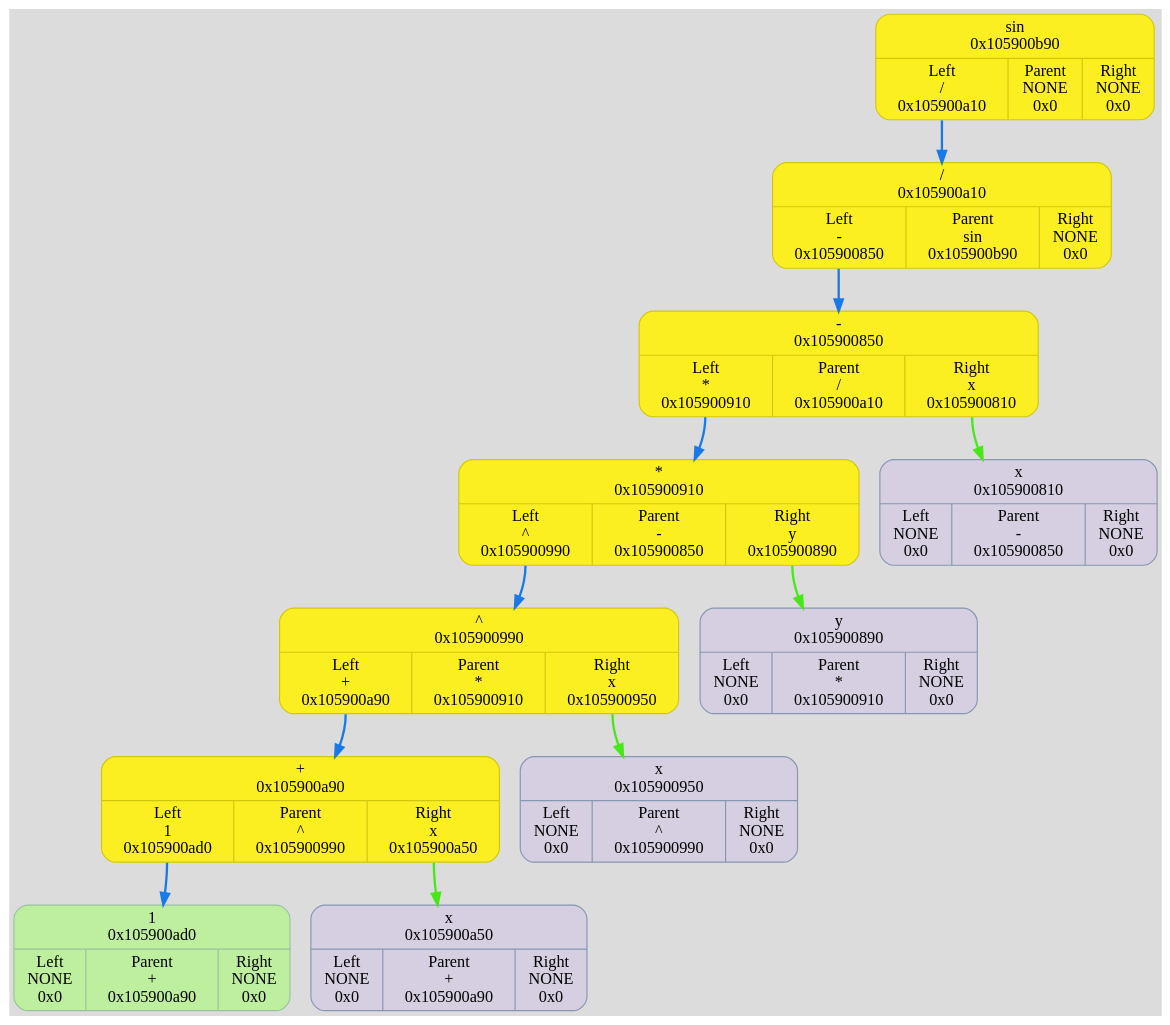
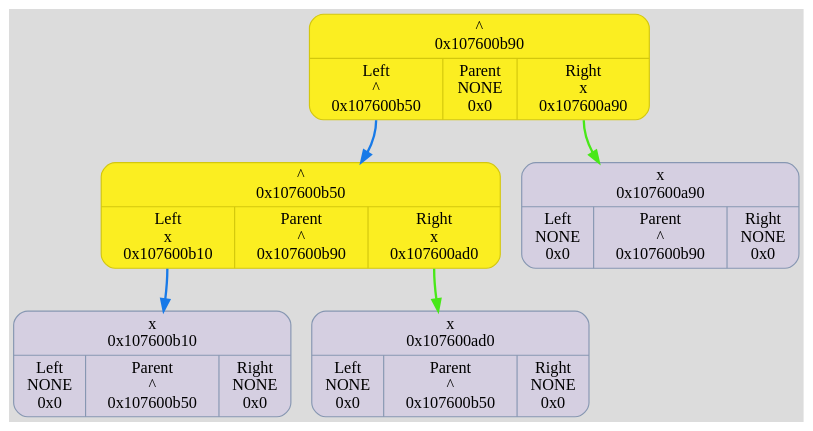
The diagram in dump/graph.dot (TolikRogov/Differentiator), drawn with Graphviz before and after one commit. The commit also changed 31 other files, not shown here.

```diff
--- a/dump/graph.dot
+++ b/dump/graph.dot
@@ -1,26 +1,14 @@
 digraph {
 	fontname = "UbuntuMono";
 	bgcolor = "#DCDCDC";
 
-	node0x105900b90 [ shape = Mrecord; style = filled; fillcolor = "#FBEE21"; color = "#D3C70D"; fontcolor = "#000000"; label = " { sin\n0x105900b90 | { <left> Left\n/\n0x105900a10 | Parent\nNONE\n0x0 | <right> Right\nNONE\n0x0 } } "; ];
-	node0x105900b90:<left> -> node0x105900a10 [ style = "bold"; color = "#187AE8"; label = ""; ];
-	node0x105900a10 [ shape = Mrecord; style = filled; fillcolor = "#FBEE21"; color = "#D3C70D"; fontcolor = "#000000"; label = " { /\n0x105900a10 | { <left> Left\n-\n0x105900850 | Parent\nsin\n0x105900b90 | <right> Right\nNONE\n0x0 } } "; ];
-	node0x105900a10:<left> -> node0x105900850 [ style = "bold"; color = "#187AE8"; label = ""; ];
-	node0x105900850 [ shape = Mrecord; style = filled; fillcolor = "#FBEE21"; color = "#D3C70D"; fontcolor = "#000000"; label = " { -\n0x105900850 | { <left> Left\n*\n0x105900910 | Parent\n/\n0x105900a10 | <right> Right\nx\n0x105900810 } } "; ];
-	node0x105900850:<left> -> node0x105900910 [ style = "bold"; color = "#187AE8"; label = ""; ];
-	node0x105900910 [ shape = Mrecord; style = filled; fillcolor = "#FBEE21"; color = "#D3C70D"; fontcolor = "#000000"; label = " { *\n0x105900910 | { <left> Left\n^\n0x105900990 | Parent\n-\n0x105900850 | <right> Right\ny\n0x105900890 } } "; ];
-	node0x105900910:<left> -> node0x105900990 [ style = "bold"; color = "#187AE8"; label = ""; ];
-	node0x105900990 [ shape = Mrecord; style = filled; fillcolor = "#FBEE21"; color = "#D3C70D"; fontcolor = "#000000"; label = " { ^\n0x105900990 | { <left> Left\n+\n0x105900a90 | Parent\n*\n0x105900910 | <right> Right\nx\n0x105900950 } } "; ];
-	node0x105900990:<left> -> node0x105900a90 [ style = "bold"; color = "#187AE8"; label = ""; ];
-	node0x105900a90 [ shape = Mrecord; style = filled; fillcolor = "#FBEE21"; color = "#D3C70D"; fontcolor = "#000000"; label = " { +\n0x105900a90 | { <left> Left\n1\n0x105900ad0 | Parent\n^\n0x105900990 | <right> Right\nx\n0x105900a50 } } "; ];
-	node0x105900a90:<left> -> node0x105900ad0 [ style = "bold"; color = "#187AE8"; label = ""; ];
-	node0x105900ad0 [ shape = Mrecord; style = filled; fillcolor = "#BDEF9E"; color = "#99c2a2"; fontcolor = "#000000"; label = " { 1\n0x105900ad0 | { <left> Left\nNONE\n0x0 | Parent\n+\n0x105900a90 | <right> Right\nNONE\n0x0 } } "; ];
-	node0x105900a50 [ shape = Mrecord; style = filled; fillcolor = "#D5CFE1"; color = "#8797b2"; fontcolor = "#000000"; label = " { x\n0x105900a50 | { <left> Left\nNONE\n0x0 | Parent\n+\n0x105900a90 | <right> Right\nNONE\n0x0 } } "; ];
-	node0x105900a90:<right> -> node0x105900a50 [ style = "bold"; color = "#48E818"; label = ""; ];
-	node0x105900950 [ shape = Mrecord; style = filled; fillcolor = "#D5CFE1"; color = "#8797b2"; fontcolor = "#000000"; label = " { x\n0x105900950 | { <left> Left\nNONE\n0x0 | Parent\n^\n0x105900990 | <right> Right\nNONE\n0x0 } } "; ];
-	node0x105900990:<right> -> node0x105900950 [ style = "bold"; color = "#48E818"; label = ""; ];
-	node0x105900890 [ shape = Mrecord; style = filled; fillcolor = "#D5CFE1"; color = "#8797b2"; fontcolor = "#000000"; label = " { y\n0x105900890 | { <left> Left\nNONE\n0x0 | Parent\n*\n0x105900910 | <right> Right\nNONE\n0x0 } } "; ];
-	node0x105900910:<right> -> node0x105900890 [ style = "bold"; color = "#48E818"; label = ""; ];
-	node0x105900810 [ shape = Mrecord; style = filled; fillcolor = "#D5CFE1"; color = "#8797b2"; fontcolor = "#000000"; label = " { x\n0x105900810 | { <left> Left\nNONE\n0x0 | Parent\n-\n0x105900850 | <right> Right\nNONE\n0x0 } } "; ];
-	node0x105900850:<right> -> node0x105900810 [ style = "bold"; color = "#48E818"; label = ""; ];
+	node0x107600b90 [ shape = Mrecord; style = filled; fillcolor = "#FBEE21"; color = "#D3C70D"; fontcolor = "#000000"; label = " { ^\n0x107600b90 | { <left> Left\n^\n0x107600b50 | Parent\nNONE\n0x0 | <right> Right\nx\n0x107600a90 } } "; ];
+	node0x107600b90:<left> -> node0x107600b50 [ style = "bold"; color = "#187AE8"; label = ""; ];
+	node0x107600b50 [ shape = Mrecord; style = filled; fillcolor = "#FBEE21"; color = "#D3C70D"; fontcolor = "#000000"; label = " { ^\n0x107600b50 | { <left> Left\nx\n0x107600b10 | Parent\n^\n0x107600b90 | <right> Right\nx\n0x107600ad0 } } "; ];
+	node0x107600b50:<left> -> node0x107600b10 [ style = "bold"; color = "#187AE8"; label = ""; ];
+	node0x107600b10 [ shape = Mrecord; style = filled; fillcolor = "#D5CFE1"; color = "#8797b2"; fontcolor = "#000000"; label = " { x\n0x107600b10 | { <left> Left\nNONE\n0x0 | Parent\n^\n0x107600b50 | <right> Right\nNONE\n0x0 } } "; ];
+	node0x107600ad0 [ shape = Mrecord; style = filled; fillcolor = "#D5CFE1"; color = "#8797b2"; fontcolor = "#000000"; label = " { x\n0x107600ad0 | { <left> Left\nNONE\n0x0 | Parent\n^\n0x107600b50 | <right> Right\nNONE\n0x0 } } "; ];
+	node0x107600b50:<right> -> node0x107600ad0 [ style = "bold"; color = "#48E818"; label = ""; ];
+	node0x107600a90 [ shape = Mrecord; style = filled; fillcolor = "#D5CFE1"; color = "#8797b2"; fontcolor = "#000000"; label = " { x\n0x107600a90 | { <left> Left\nNONE\n0x0 | Parent\n^\n0x107600b90 | <right> Right\nNONE\n0x0 } } "; ];
+	node0x107600b90:<right> -> node0x107600a90 [ style = "bold"; color = "#48E818"; label = ""; ];
 }
```
